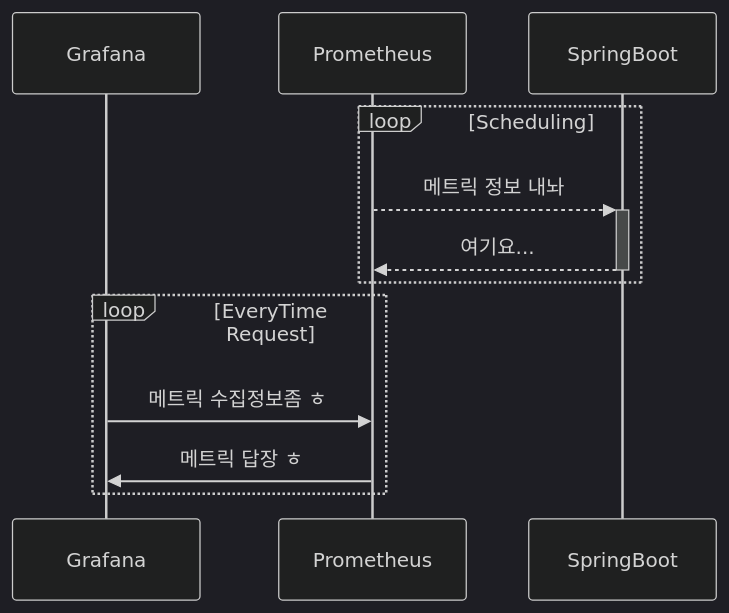
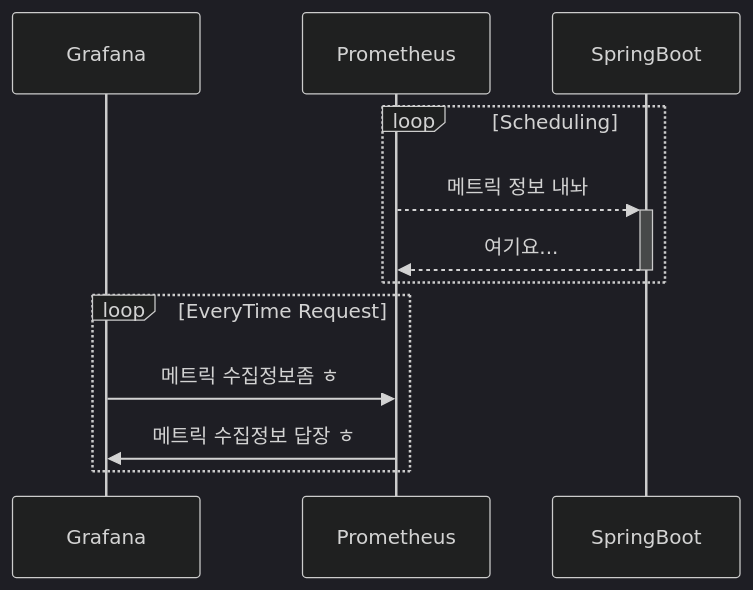
The diagram in 강의/스프링_부트/README.md (donsonioc2010/TIL), drawn with Mermaid (dark theme) before and after one commit. The commit also changed other lines of this file and 3 other files, not shown here.

````diff
--- a/강의/스프링_부트/README.md
+++ b/강의/스프링_부트/README.md
@@ -418,14 +421,14 @@
 ```mermaid
 sequenceDiagram
     participant G as Grafana
     participant P as Prometheus
     participant S as SpringBoot
     loop Scheduling
     P-->>+S: 메트릭 정보 내놔
     S-->>-P: 여기요...
     end
     loop EveryTime Request
     G->>P: 메트릭 수집정보좀 ㅎ;
-    P->>G: 메트릭 답장 ㅎ
+    P->>G: 메트릭 수집정보 답장 ㅎ
     end
 ```
````
